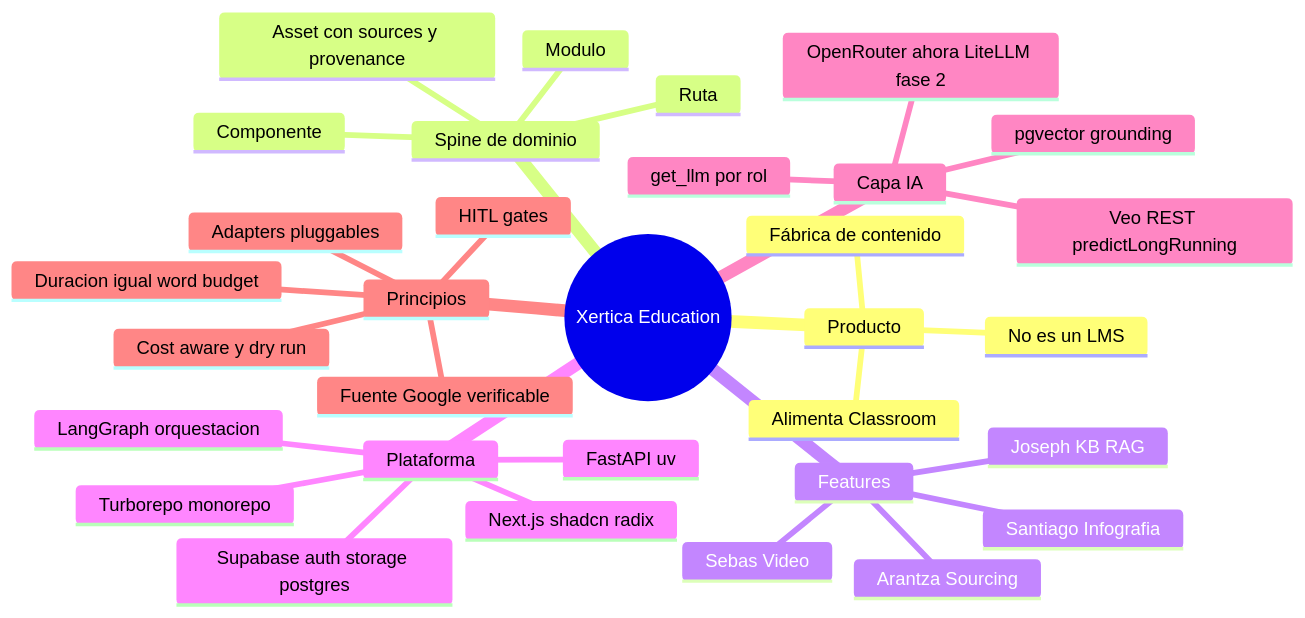
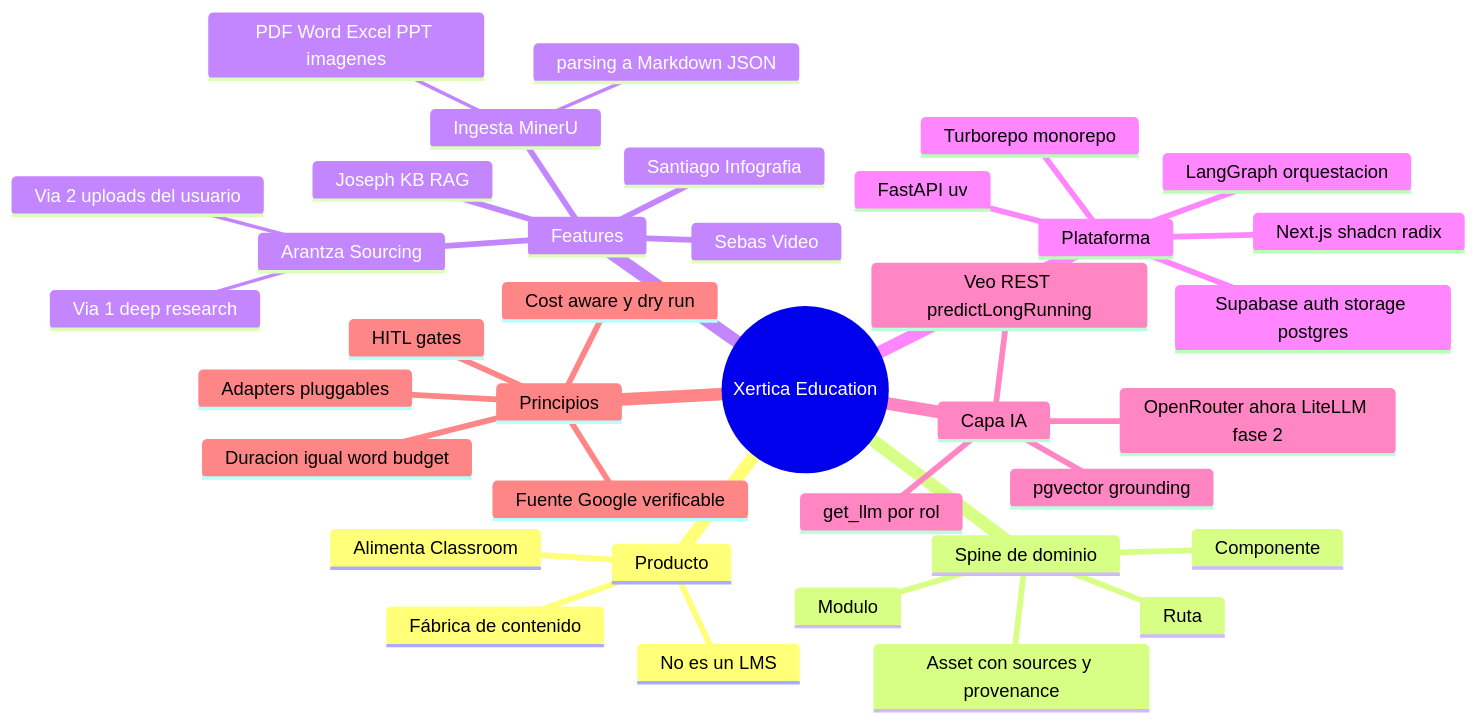
The third of 5 diagrams in Documents/xertica-education-arquitectura.md (JosephRobles23/Xertica-Education), drawn with Mermaid before and after one commit. The commit also changed other lines of this file, not shown here.

Commit message:
feat: update architecture

````diff
--- a/Documents/xertica-education-arquitectura.md
+++ b/Documents/xertica-education-arquitectura.md
@@ -163,35 +172,40 @@
 ```mermaid
 mindmap
   root((Xertica Education))
     Producto
       Fábrica de contenido
       Alimenta Classroom
       No es un LMS
     Spine de dominio
       Ruta
       Modulo
       Componente
       Asset con sources y provenance
     Features
       Arantza Sourcing
+        Via 1 deep research
+        Via 2 uploads del usuario
+      Ingesta MinerU
+        PDF Word Excel PPT imagenes
+        parsing a Markdown JSON
       Joseph KB RAG
       Sebas Video
       Santiago Infografia
     Plataforma
       Turborepo monorepo
       Next.js shadcn radix
       FastAPI uv
       Supabase auth storage postgres
       LangGraph orquestacion
     Capa IA
       get_llm por rol
       OpenRouter ahora LiteLLM fase 2
       pgvector grounding
       Veo REST predictLongRunning
     Principios
       HITL gates
       Fuente Google verificable
       Duracion igual word budget
       Adapters pluggables
       Cost aware y dry run
 ```
````
